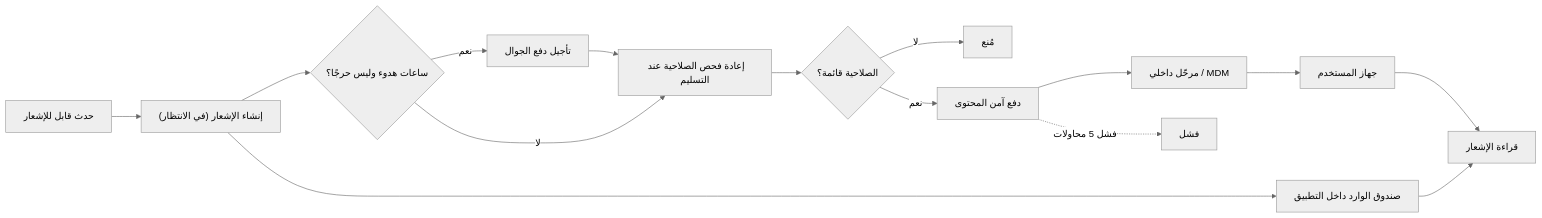
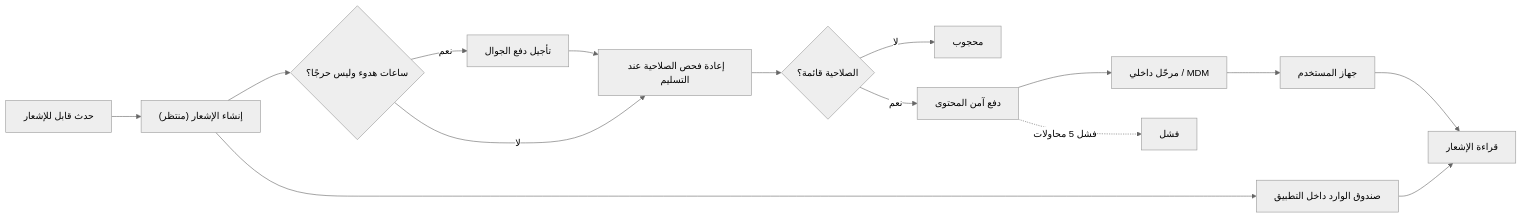
The first of 2 diagrams in spec/18-analysis-design/05-user-stories/CAP-10-communication/FEAT-COM-NOTIFY-DELIVERY.md (Ayoubkhattab/Planing), drawn with Mermaid (neutral theme) before and after one commit. The commit also changed other lines of this file and 7 other files, not shown here.

````diff
--- a/spec/18-analysis-design/05-user-stories/CAP-10-communication/FEAT-COM-NOTIFY-DELIVERY.md
+++ b/spec/18-analysis-design/05-user-stories/CAP-10-communication/FEAT-COM-NOTIFY-DELIVERY.md
@@ -48,17 +48,17 @@
 ```mermaid
 flowchart LR
-  A["حدث قابل للإشعار"] --> B["إنشاء الإشعار (في الانتظار)"]
+  A["حدث قابل للإشعار"] --> B["إنشاء الإشعار (منتظر)"]
   B --> M["صندوق الوارد داخل التطبيق"]
   B --> C{"ساعات هدوء وليس حرجًا؟"}
   C -->|"نعم"| D["تأجيل دفع الجوال"]
   D --> E["إعادة فحص الصلاحية عند التسليم"]
   C -->|"لا"| E
   E --> F{"الصلاحية قائمة؟"}
-  F -->|"لا"| H["مُنع"]
+  F -->|"لا"| H["محجوب"]
   F -->|"نعم"| G["دفع آمن المحتوى"]
   G --> I["مرحّل داخلي / MDM"]
   I --> J["جهاز المستخدم"]
   G -.->|"فشل 5 محاولات"| K["فشل"]
   J --> L["قراءة الإشعار"]
   M --> L
 ```
````
